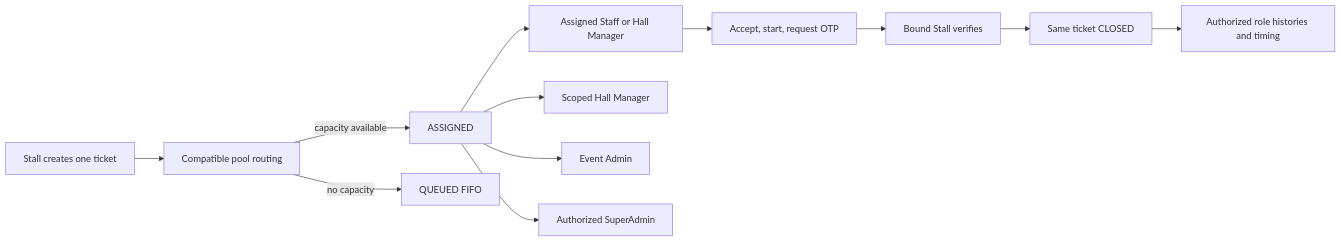
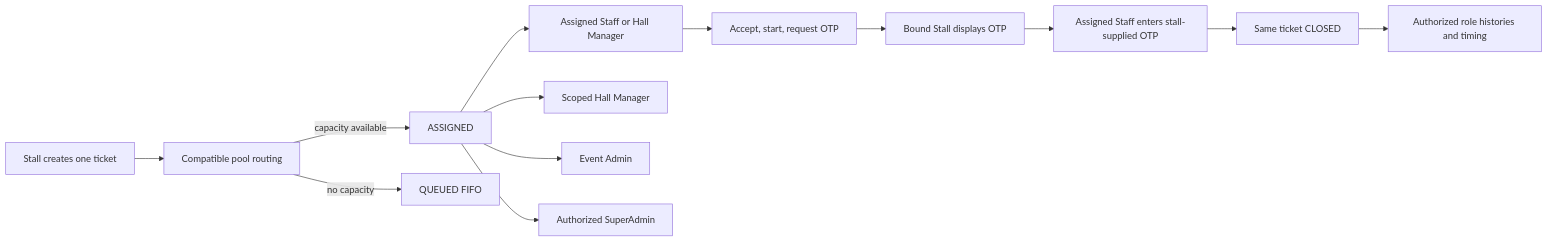
Before and after one commit to Strarist/EveOps: the second of 2 diagrams in docs/deep-runtime-audit.md, drawn with Mermaid. The commit also changed other lines of this file and 13 other files, not shown here.

First line of the commit message:
Correct Stall-display / Staff-verify OTP flow and harden API boot.

````diff
--- a/docs/deep-runtime-audit.md
+++ b/docs/deep-runtime-audit.md
@@ -67,14 +67,15 @@
 ```mermaid
 flowchart LR
   StallCreate["Stall creates one ticket"] --> Route["Compatible pool routing"]
   Route -->|"capacity available"| Assigned["ASSIGNED"]
   Route -->|"no capacity"| Queued["QUEUED FIFO"]
   Assigned --> AssigneeView["Assigned Staff or Hall Manager"]
   Assigned --> HallView["Scoped Hall Manager"]
   Assigned --> AdminView["Event Admin"]
   Assigned --> SuperView["Authorized SuperAdmin"]
   AssigneeView --> Work["Accept, start, request OTP"]
-  Work --> StallOtp["Bound Stall verifies"]
-  StallOtp --> Closed["Same ticket CLOSED"]
+  Work --> StallDisplay["Bound Stall displays OTP"]
+  StallDisplay --> StaffVerify["Assigned Staff enters stall-supplied OTP"]
+  StaffVerify --> Closed["Same ticket CLOSED"]
   Closed --> Histories["Authorized role histories and timing"]
 ```
````
